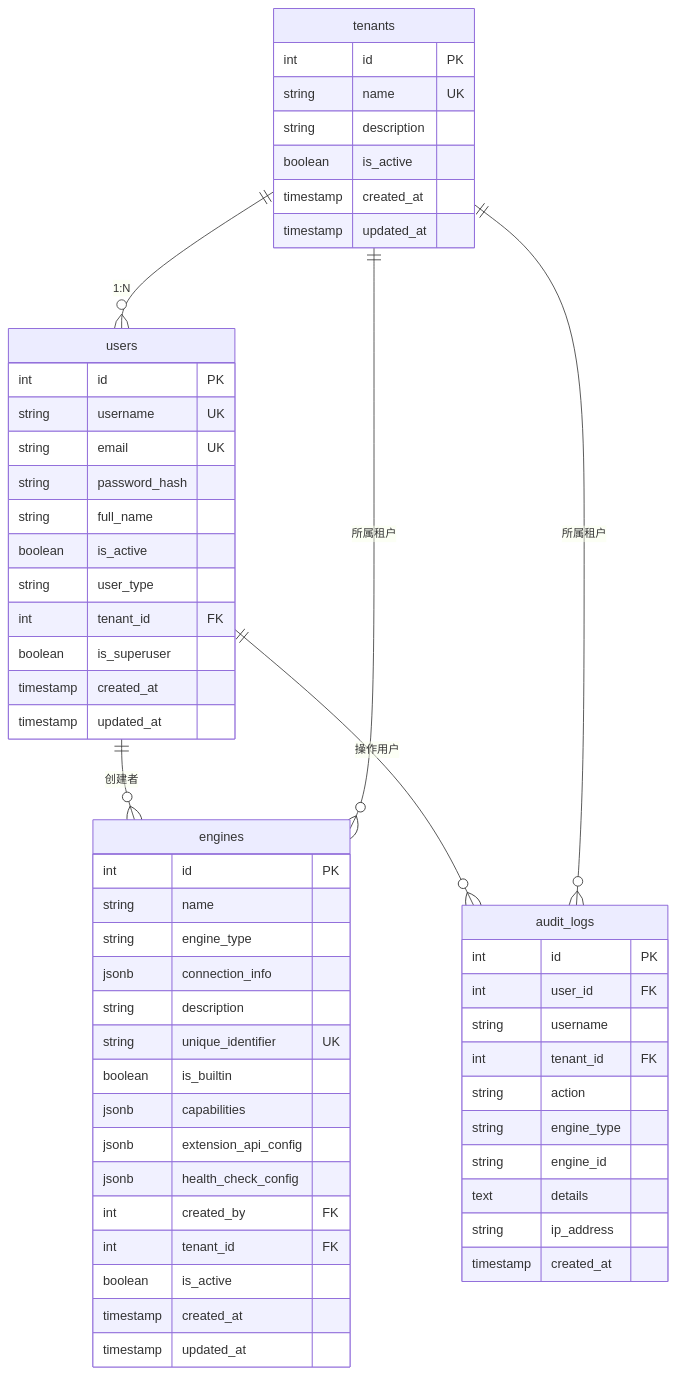
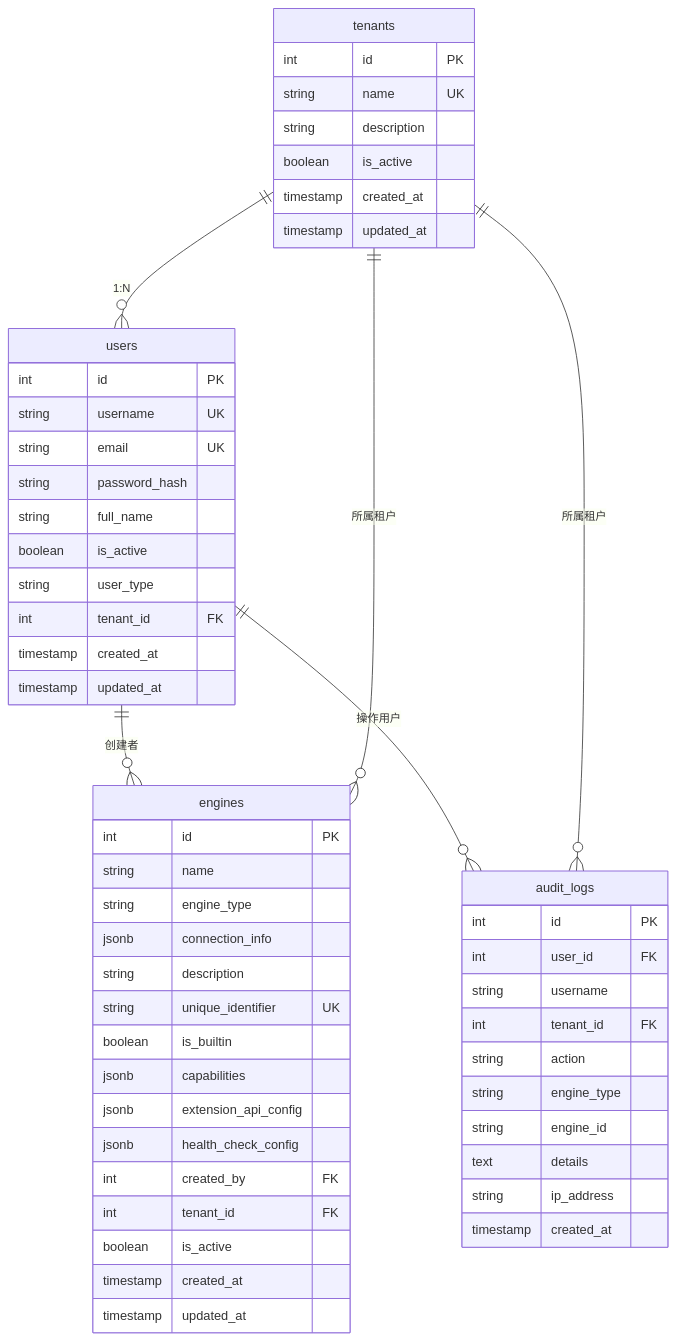
One commit to pampa0629/addp changed the diagram in system/docs/数据库架构.md. Above: the diagram before and after it, drawn with Mermaid. The commit also changed other lines of this file and 402 other files, not shown here.

````diff
--- a/system/docs/数据库架构.md
+++ b/system/docs/数据库架构.md
@@ -31,62 +31,61 @@
 ```mermaid
 erDiagram
     tenants ||--o{ users : "1:N"
     users ||--o{ engines : "创建者"
     tenants ||--o{ engines : "所属租户"
     users ||--o{ audit_logs : "操作用户"
     tenants ||--o{ audit_logs : "所属租户"
 
     tenants {
         int id PK
         string name UK
         string description
         boolean is_active
         timestamp created_at
         timestamp updated_at
     }
 
     users {
         int id PK
         string username UK
         string email UK
         string password_hash
         string full_name
         boolean is_active
         string user_type
         int tenant_id FK
-        boolean is_superuser
         timestamp created_at
         timestamp updated_at
     }
 
     engines {
         int id PK
         string name
         string engine_type
         jsonb connection_info
         string description
         string unique_identifier UK
         boolean is_builtin
         jsonb capabilities
         jsonb extension_api_config
         jsonb health_check_config
         int created_by FK
         int tenant_id FK
         boolean is_active
         timestamp created_at
         timestamp updated_at
     }
 
     audit_logs {
         int id PK
         int user_id FK
         string username
         int tenant_id FK
         string action
         string engine_type
         string engine_id
         text details
         string ip_address
         timestamp created_at
     }
 ```
````
